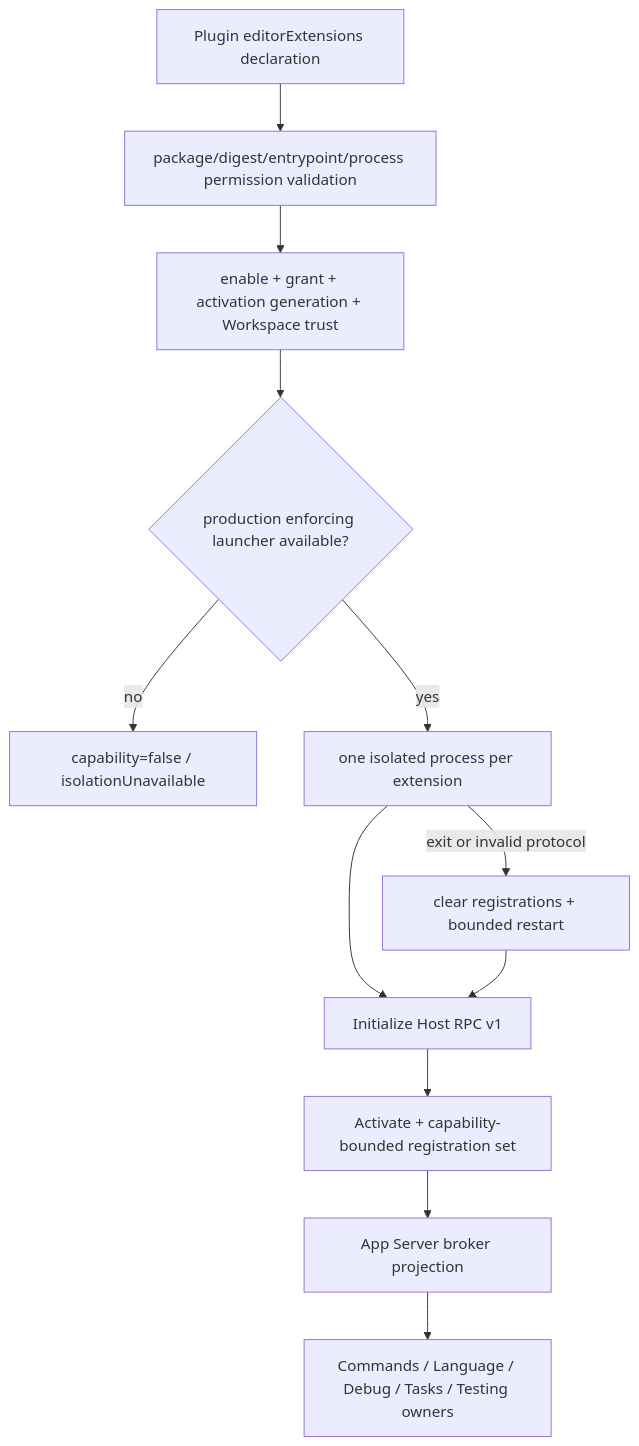
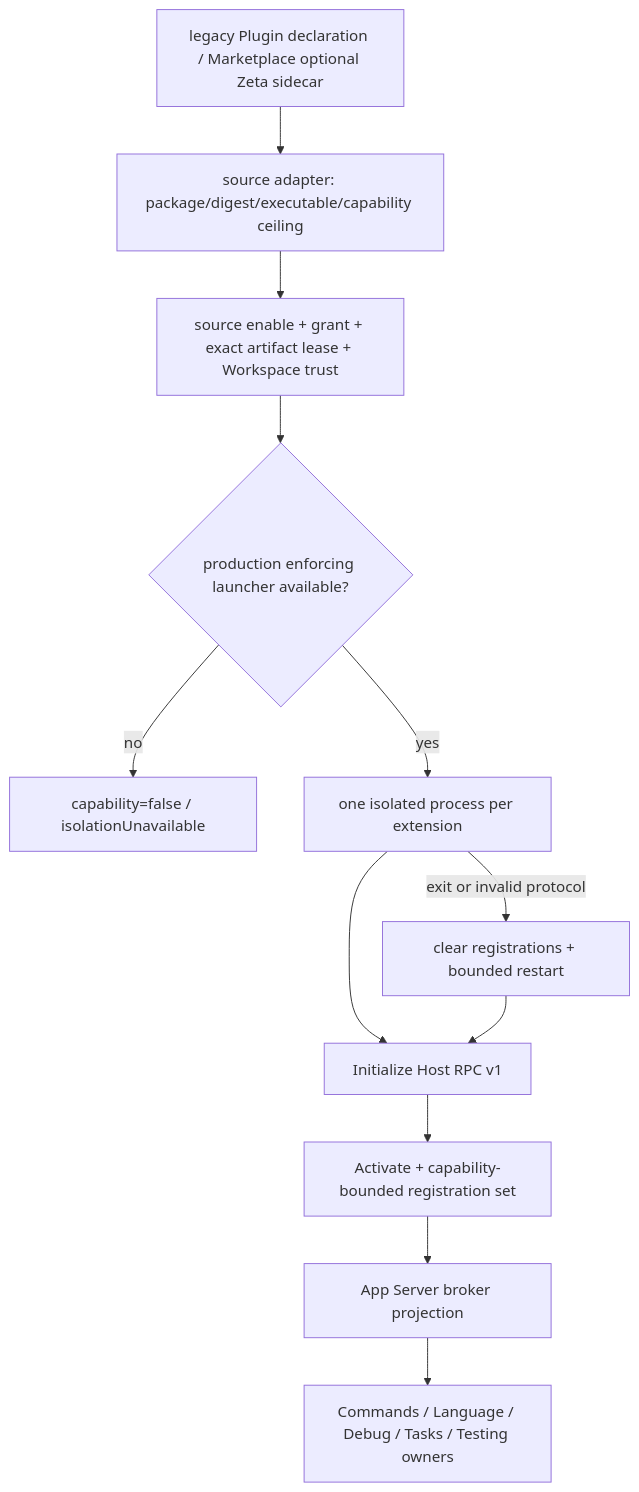
Before and after one commit to chogng/zeta: the second of 2 diagrams in docs/editor-extensions.md, drawn with Mermaid. The commit also changed other lines of this file and 352 other files, not shown here.

Commit message:
feat: expand workspace and editor runtime capabilities

````diff
--- a/docs/editor-extensions.md
+++ b/docs/editor-extensions.md
@@ -71,14 +79,14 @@
 ```mermaid
 flowchart TD
-    manifest["Plugin editorExtensions declaration"] --> validate["package/digest/entrypoint/process permission validation"]
-    validate --> authority["enable + grant + activation generation + Workspace trust"]
+    manifest["legacy Plugin declaration / Marketplace optional Zeta sidecar"] --> validate["source adapter: package/digest/executable/capability ceiling"]
+    validate --> authority["source enable + grant + exact artifact lease + Workspace trust"]
     authority --> launcher{"production enforcing launcher available?"}
     launcher -->|no| unavailable["capability=false / isolationUnavailable"]
     launcher -->|yes| process["one isolated process per extension"]
     process --> handshake["Initialize Host RPC v1"]
     handshake --> activate["Activate + capability-bounded registration set"]
     activate --> broker["App Server broker projection"]
     broker --> domains["Commands / Language / Debug / Tasks / Testing owners"]
     process -->|exit or invalid protocol| recovery["clear registrations + bounded restart"]
     recovery --> handshake
 ```
````
